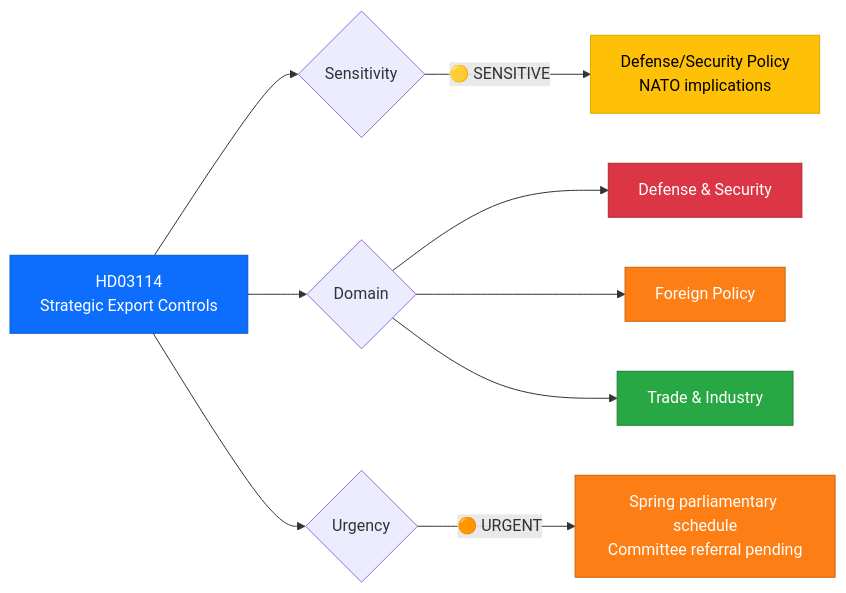
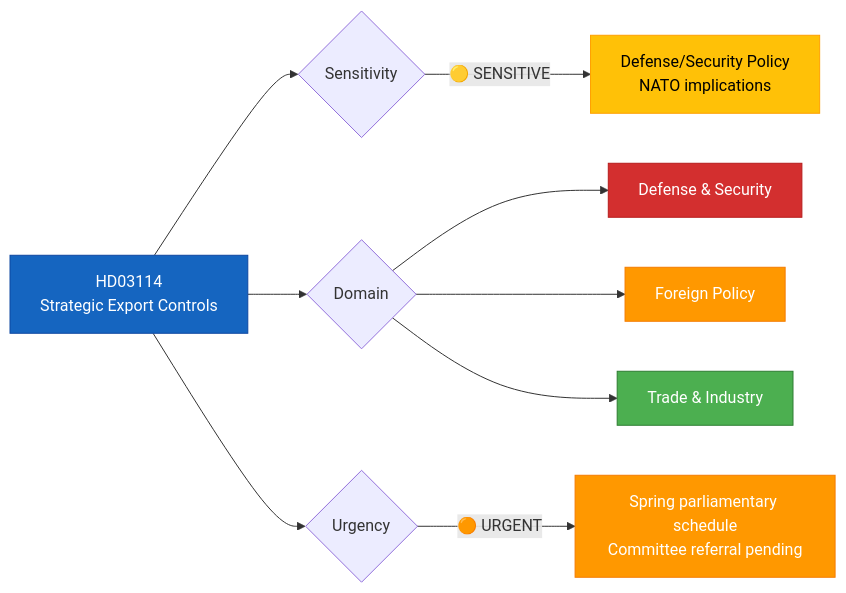
One commit to Hack23/riksdagsmonitor changed the first of 2 diagrams in analysis/daily/2026-04-07/realtime-1026/documents/hd03114-analysis.md. Above: the diagram before and after it, drawn with Mermaid. The commit also changed other lines of this file and 785 other files, not shown here.

First line of the commit message:
Normalize mermaid colors across 786 analysis artifacts to ISMS Style Guide palette

````diff
--- a/analysis/daily/2026-04-07/realtime-1026/documents/hd03114-analysis.md
+++ b/analysis/daily/2026-04-07/realtime-1026/documents/hd03114-analysis.md
@@ -26,20 +26,20 @@
 ```mermaid
 graph LR
     A["HD03114<br/>Strategic Export Controls"] --> B{Sensitivity}
     B -->|"🟡 SENSITIVE"| C["Defense/Security Policy<br/>NATO implications"]
     
     A --> G{Domain}
     G --> H["Defense & Security"]
     G --> I["Foreign Policy"]
     G --> J["Trade & Industry"]
     
     A --> K{Urgency}
     K -->|"🟠 URGENT"| L["Spring parliamentary schedule<br/>Committee referral pending"]
 
-    style A fill:#0d6efd,stroke:#0a58ca,color:#fff
-    style C fill:#ffc107,stroke:#e0a800,color:#000
-    style H fill:#dc3545,stroke:#b02a37,color:#fff
-    style I fill:#fd7e14,stroke:#ca6510,color:#fff
-    style J fill:#28a745,stroke:#1e7e34,color:#fff
-    style L fill:#fd7e14,stroke:#ca6510,color:#fff
+    style A fill:#1565C0,stroke:#0D47A1,color:#FFFFFF
+    style C fill:#FFC107,stroke:#FFA000,color:#000000
+    style H fill:#D32F2F,stroke:#B71C1C,color:#FFFFFF
+    style I fill:#FF9800,stroke:#F57C00,color:#FFFFFF
+    style J fill:#4CAF50,stroke:#2E7D32,color:#FFFFFF
+    style L fill:#FF9800,stroke:#F57C00,color:#FFFFFF
 ```
````
